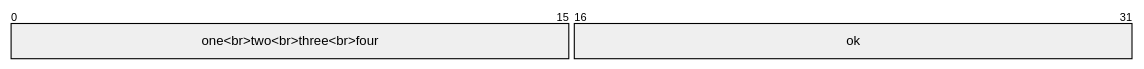
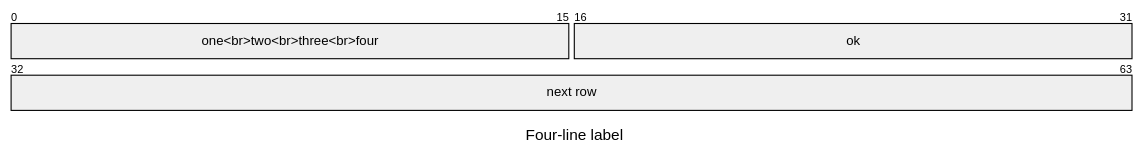
The diagram in e2e/diagrams/packet/nightly-check/label-four-lines-overflows.mmd (mermaid-js/mermaid-v13), drawn with Mermaid before and after one commit. The commit also changed 13 other files, not shown here.

First line of the commit message:
fix(packet): a row grows to fit its tallest label (#1267, D740)

```diff
--- a/e2e/diagrams/packet/nightly-check/label-four-lines-overflows.mmd
+++ b/e2e/diagrams/packet/nightly-check/label-four-lines-overflows.mmd
@@ -1,9 +1,12 @@
 ---
 description: >-
-  a label of four <br> lines does not fit the 32 px block even at the
-  bit-number size (10 px): it stops there and overflows above and below,
-  centred, as D343's width fit does (#774)
+  a label of four <br> lines keeps the label size (12 px) and its row grows
+  to fit it: both blocks of the row take its height, the lines stay inside
+  the box, and the next row, its bit numbers and the title move down below
+  it (D740, #1267)
 ---
 packet
+  title Four-line label
   0-15: "one<br>two<br>three<br>four"
   16-31: "ok"
+  32-63: "next row"
```
